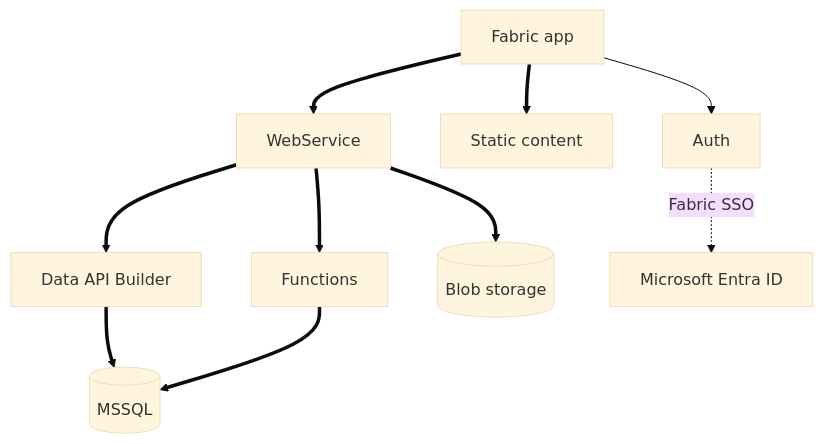
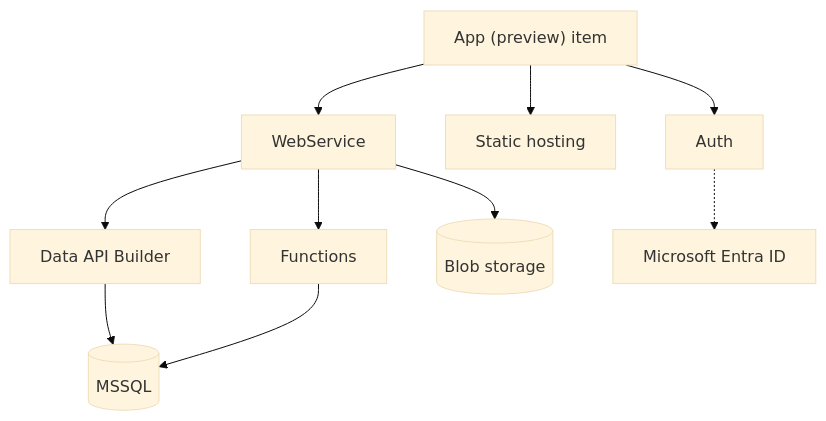
The diagram in content/docs/deploy/fabric-apps.mdx (spatney/rayfin-docs), drawn with Mermaid (base theme) before and after one commit. The commit also changed other lines of this file and 94 other files, not shown here.

````diff
--- a/content/docs/deploy/fabric-apps.mdx
+++ b/content/docs/deploy/fabric-apps.mdx
@@ -14,17 +10,17 @@
 ```mermaid
 flowchart TD
-  App["Fabric app"] --> Auth["Auth"]
-  App ==> Static["Static content"]
-  App ==> Web["WebService"]
-  Web ==> DataApi["Data API Builder"]
-  Web ==> Fn["Functions"]
-  Web ==> Blob[("Blob storage")]
-  DataApi ==> MSSQL[("MSSQL")]
-  Fn ==> MSSQL
-  Auth -.->|"Fabric SSO"| Entra["Microsoft Entra ID"]
+  App["App (preview) item"] --> Auth["Auth"]
+  App --> Static["Static hosting"]
+  App --> Web["WebService"]
+  Web --> DataApi["Data API Builder"]
+  Web --> Fn["Functions"]
+  Web --> Blob[("Blob storage")]
+  DataApi --> MSSQL[("MSSQL")]
+  Fn --> MSSQL
+  Auth -.-> Entra["Microsoft Entra ID"]
 
-  class App,Auth,Static,Web,DataApi service
+  class App,Auth,Static,Web,DataApi,Fn service
   class MSSQL store
-  class Fn,Blob experimental
+  class Blob experimental
   class Entra external
 ```
````
